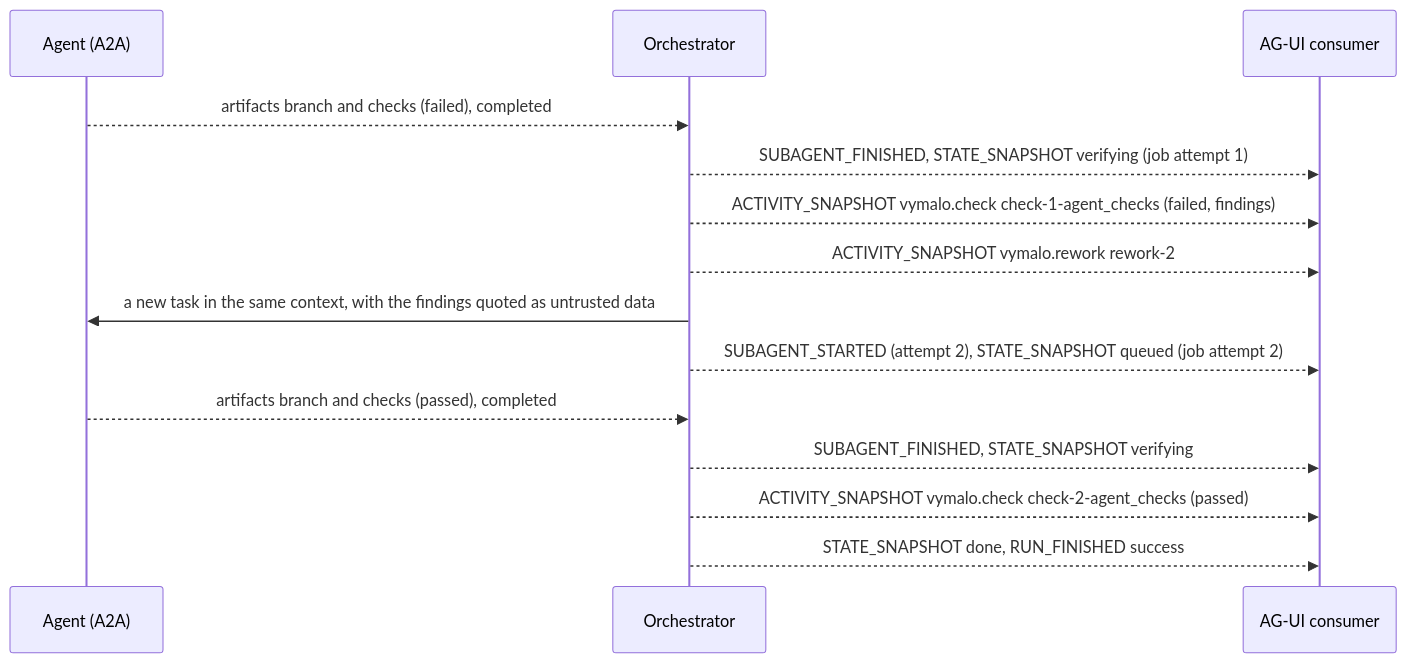
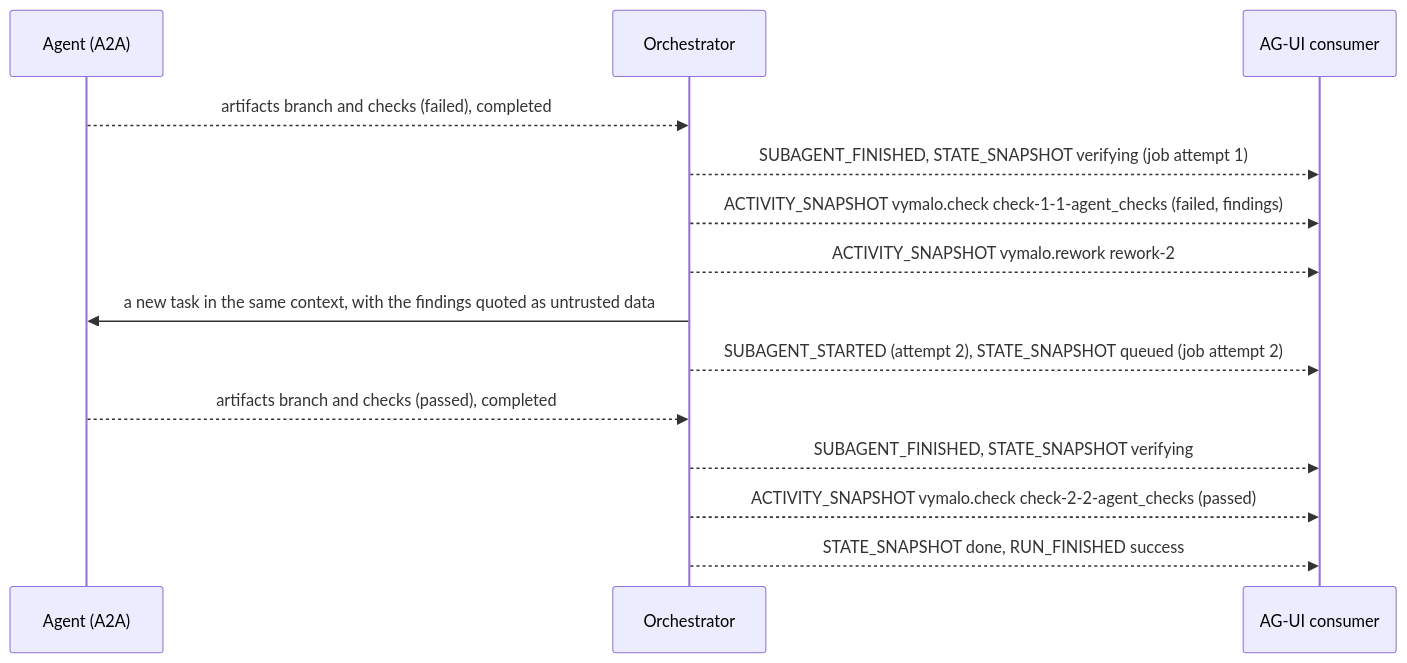
Before and after one commit to vymalo/another-agentic-system: the first of 6 diagrams in docs/api/agui.md, drawn with Mermaid. The commit also changed other lines of this file and 43 other files, not shown here.

````diff
--- a/docs/api/agui.md
+++ b/docs/api/agui.md
@@ -203,16 +203,16 @@
 ```mermaid
 sequenceDiagram
   participant W as Agent (A2A)
   participant O as Orchestrator
   participant U as AG-UI consumer
   W-->>O: artifacts branch and checks (failed), completed
   O-->>U: SUBAGENT_FINISHED, STATE_SNAPSHOT verifying (job attempt 1)
-  O-->>U: ACTIVITY_SNAPSHOT vymalo.check check-1-agent_checks (failed, findings)
+  O-->>U: ACTIVITY_SNAPSHOT vymalo.check check-1-1-agent_checks (failed, findings)
   O-->>U: ACTIVITY_SNAPSHOT vymalo.rework rework-2
   O->>W: a new task in the same context, with the findings quoted as untrusted data
   O-->>U: SUBAGENT_STARTED (attempt 2), STATE_SNAPSHOT queued (job attempt 2)
   W-->>O: artifacts branch and checks (passed), completed
   O-->>U: SUBAGENT_FINISHED, STATE_SNAPSHOT verifying
-  O-->>U: ACTIVITY_SNAPSHOT vymalo.check check-2-agent_checks (passed)
+  O-->>U: ACTIVITY_SNAPSHOT vymalo.check check-2-2-agent_checks (passed)
   O-->>U: STATE_SNAPSHOT done, RUN_FINISHED success
 ```
````
